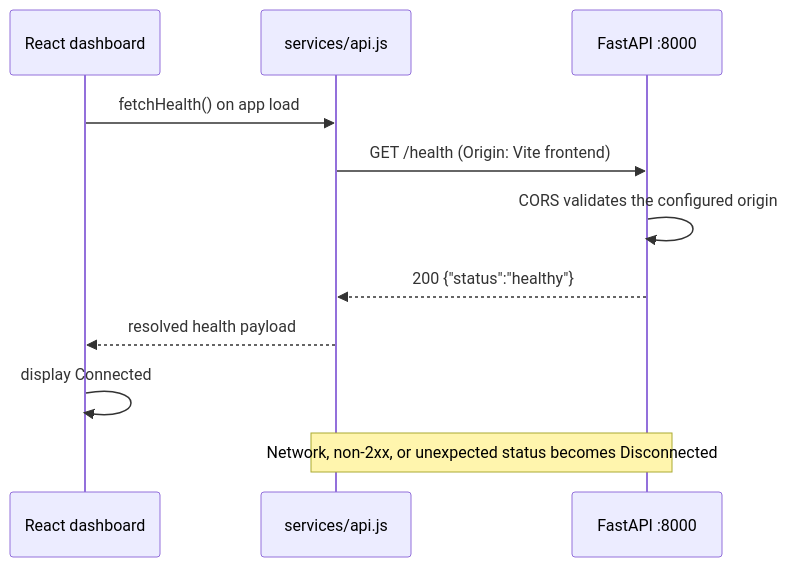
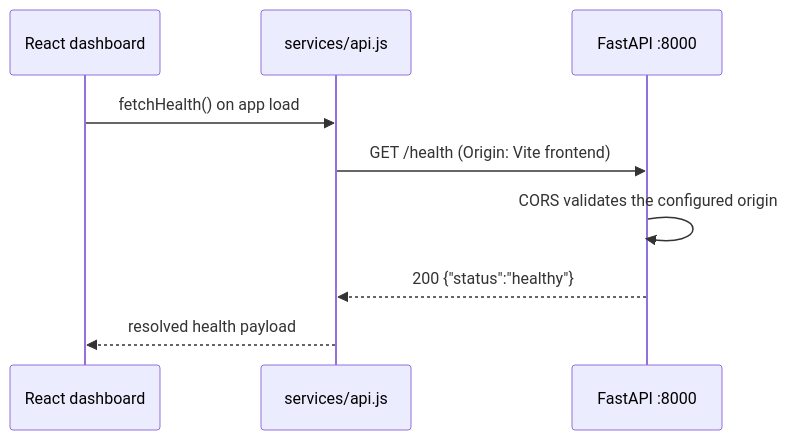
The diagram in docs/architecture.md (FenixDevOps/ContractIQ-AI-Powered-API-Testing-Reliability-Platform), drawn with Mermaid before and after one commit. The commit also changed other lines of this file and 50 other files, not shown here.

````diff
--- a/docs/architecture.md
+++ b/docs/architecture.md
@@ -13,13 +14,11 @@
 ```mermaid
 sequenceDiagram
     participant Browser as React dashboard
     participant Client as services/api.js
     participant API as FastAPI :8000
     Browser->>Client: fetchHealth() on app load
     Client->>API: GET /health (Origin: Vite frontend)
     API->>API: CORS validates the configured origin
     API-->>Client: 200 {"status":"healthy"}
     Client-->>Browser: resolved health payload
-    Browser->>Browser: display Connected
-    Note over Client,API: Network, non-2xx, or unexpected status becomes Disconnected
 ```
````
